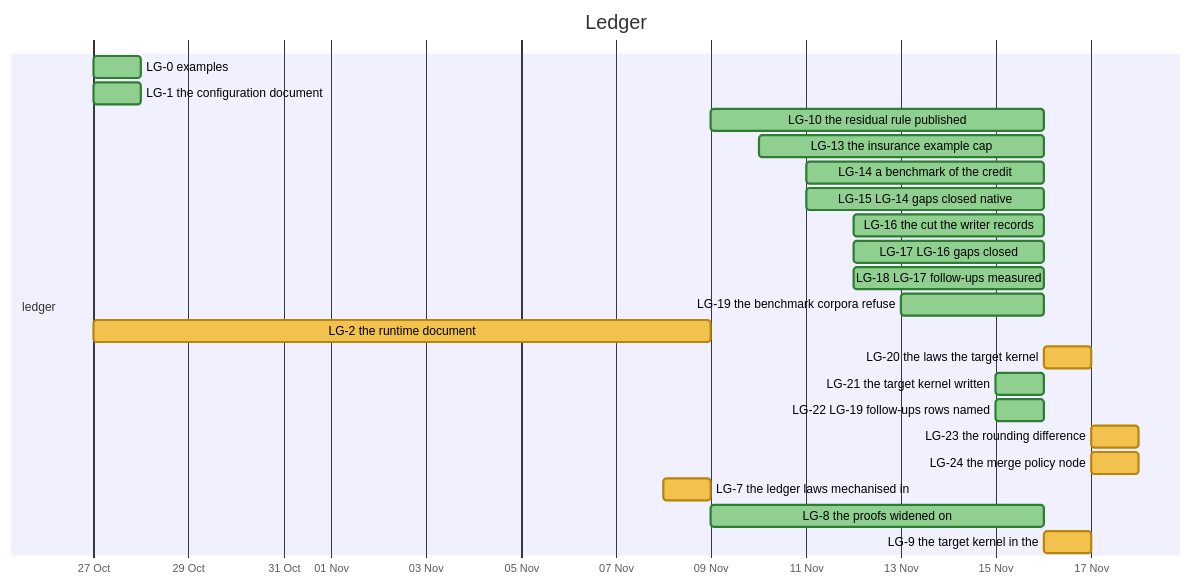
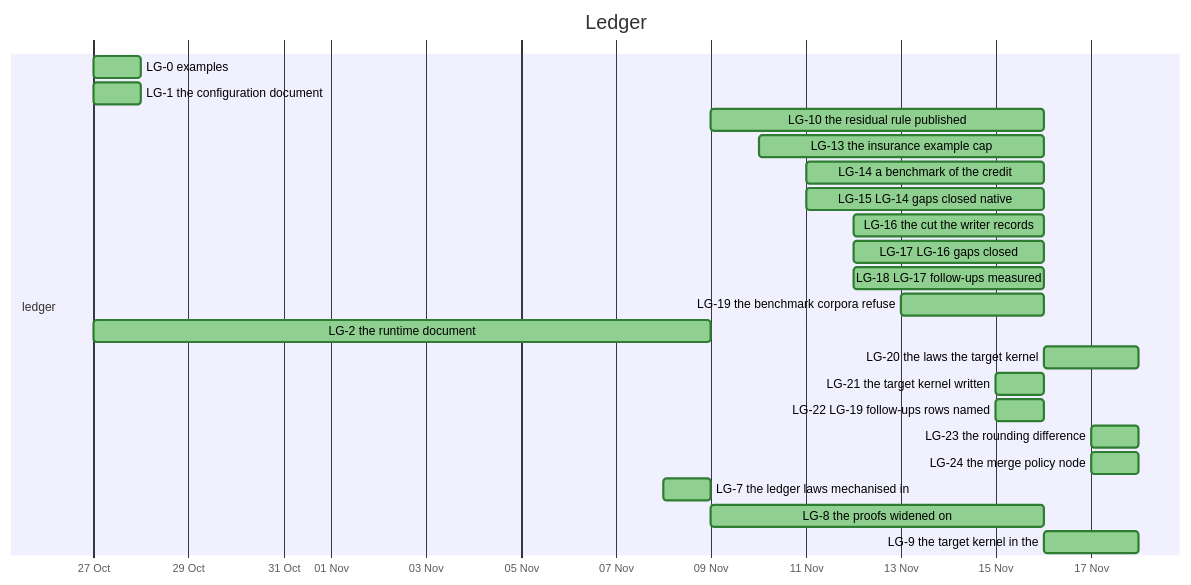
One commit to nebularis/lattice changed the tenth of 32 diagrams in docs/developer/ROADMAP.md. Above: the diagram before and after it, drawn with Mermaid. The commit also changed other lines of this file and 3 other files, not shown here.

````diff
--- a/docs/developer/ROADMAP.md
+++ b/docs/developer/ROADMAP.md
@@ -336,27 +336,27 @@
 ```mermaid
 %%{init: {"themeVariables": {"taskBkgColor": "#f2c14e", "taskBorderColor": "#b8860b", "taskTextColor": "#000000", "activeTaskBkgColor": "#4e9af1", "activeTaskBorderColor": "#1f5fbf", "activeTaskBorderColor": "#1f5fbf", "doneTaskBkgColor": "#8fcf8f", "doneTaskBorderColor": "#2f7d32", "critBkgColor": "#f28b82", "critBorderColor": "#b23a30", "taskTextDarkColor": "#000000", "taskTextLightColor": "#000000"}}}%%
 gantt
     title Ledger
     dateFormat YYYY-MM-DD
     axisFormat %d %b
     section ledger
     LG-0 examples :done, lg0, 2026-10-27, 2026-10-28
     LG-1 the configuration document :done, lg1, 2026-10-27, 2026-10-28
     LG-10 the residual rule published :done, lg10, 2026-11-09, 2026-11-16
     LG-13 the insurance example cap :done, lg13, 2026-11-10, 2026-11-16
     LG-14 a benchmark of the credit :done, lg14, 2026-11-11, 2026-11-16
     LG-15 LG-14 gaps closed native :done, lg15, 2026-11-11, 2026-11-16
     LG-16 the cut the writer records :done, lg16, 2026-11-12, 2026-11-16
     LG-17 LG-16 gaps closed :done, lg17, 2026-11-12, 2026-11-16
     LG-18 LG-17 follow-ups measured :done, lg18, 2026-11-12, 2026-11-16
     LG-19 the benchmark corpora refuse :done, lg19, 2026-11-13, 2026-11-16
-    LG-2 the runtime document :lg2, 2026-10-27, 2026-11-09
-    LG-20 the laws the target kernel :lg20, 2026-11-16, 2026-11-17
+    LG-2 the runtime document :done, lg2, 2026-10-27, 2026-11-09
+    LG-20 the laws the target kernel :done, lg20, 2026-11-16, 2026-11-18
     LG-21 the target kernel written :done, lg21, 2026-11-15, 2026-11-16
     LG-22 LG-19 follow-ups rows named :done, lg22, 2026-11-15, 2026-11-16
-    LG-23 the rounding difference :lg23, 2026-11-17, 2026-11-18
-    LG-24 the merge policy node :lg24, 2026-11-17, 2026-11-18
-    LG-7 the ledger laws mechanised in :lg7, 2026-11-08, 2026-11-09
+    LG-23 the rounding difference :done, lg23, 2026-11-17, 2026-11-18
+    LG-24 the merge policy node :done, lg24, 2026-11-17, 2026-11-18
+    LG-7 the ledger laws mechanised in :done, lg7, 2026-11-08, 2026-11-09
     LG-8 the proofs widened on :done, lg8, 2026-11-09, 2026-11-16
-    LG-9 the target kernel in the :lg9, 2026-11-16, 2026-11-17
+    LG-9 the target kernel in the :done, lg9, 2026-11-16, 2026-11-18
 ```
````
